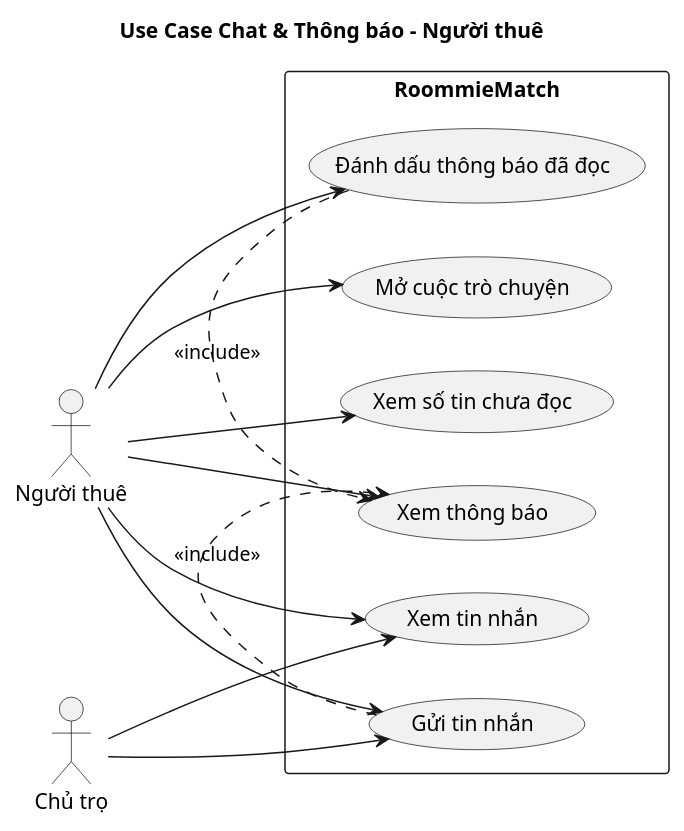
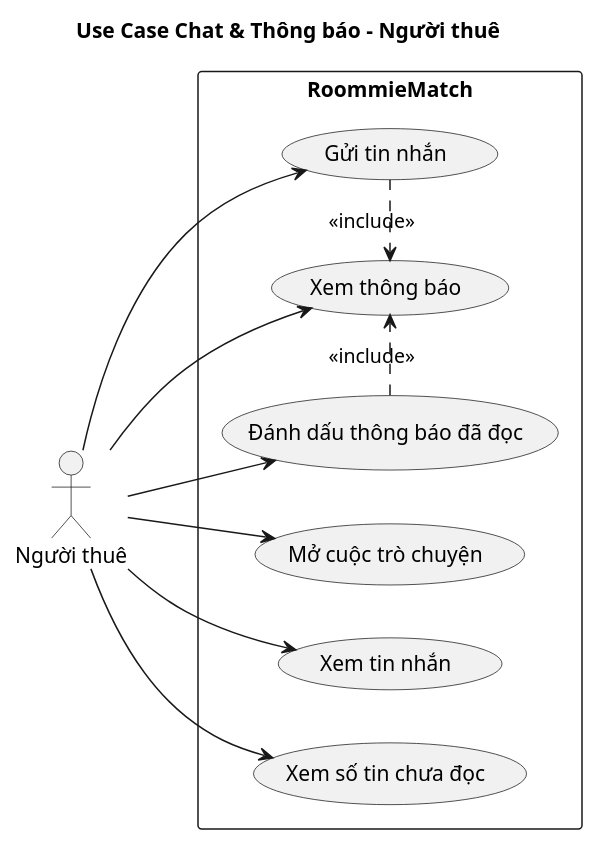
The diagram in PlantUML/Usecase/B_Tenant/ChatAndNotifications.plantuml (kinhon11/roommatch), drawn with PlantUML before and after one commit. The commit also changed other lines of this file and 71 other files, not shown here.

```diff
--- a/PlantUML/Usecase/B_Tenant/ChatAndNotifications.plantuml
+++ b/PlantUML/Usecase/B_Tenant/ChatAndNotifications.plantuml
@@ -1,30 +1,27 @@
 @startuml
 title Use Case Chat & Thông báo - Người thuê
 
 left to right direction
 skinparam shadowing false
 actor "Người thuê" as Tenant
-actor "Chủ trọ" as Landlord
 
 rectangle "RoommieMatch" {
-  usecase "Mở cuộc trò chuyện" as OpenChat
-  usecase "Gửi tin nhắn" as SendMessage
-  usecase "Xem tin nhắn" as ViewMessages
-  usecase "Xem số tin chưa đọc" as UnreadCount
-  usecase "Xem thông báo" as ViewNotifications
-  usecase "Đánh dấu thông báo đã đọc" as MarkRead
+  (Mở cuộc trò chuyện) as OpenChat
+  (Gửi tin nhắn) as SendMessage
+  (Xem tin nhắn) as ViewMessages
+  (Xem số tin chưa đọc) as UnreadCount
+  (Xem thông báo) as ViewNotifications
+  (Đánh dấu thông báo đã đọc) as MarkRead
 }
 
 Tenant --> OpenChat
 Tenant --> SendMessage
 Tenant --> ViewMessages
 Tenant --> UnreadCount
 Tenant --> ViewNotifications
 Tenant --> MarkRead
-Landlord --> ViewMessages
-Landlord --> SendMessage
 
 SendMessage .> ViewNotifications : <<include>>
 MarkRead .> ViewNotifications : <<include>>
 
 @enduml
```
